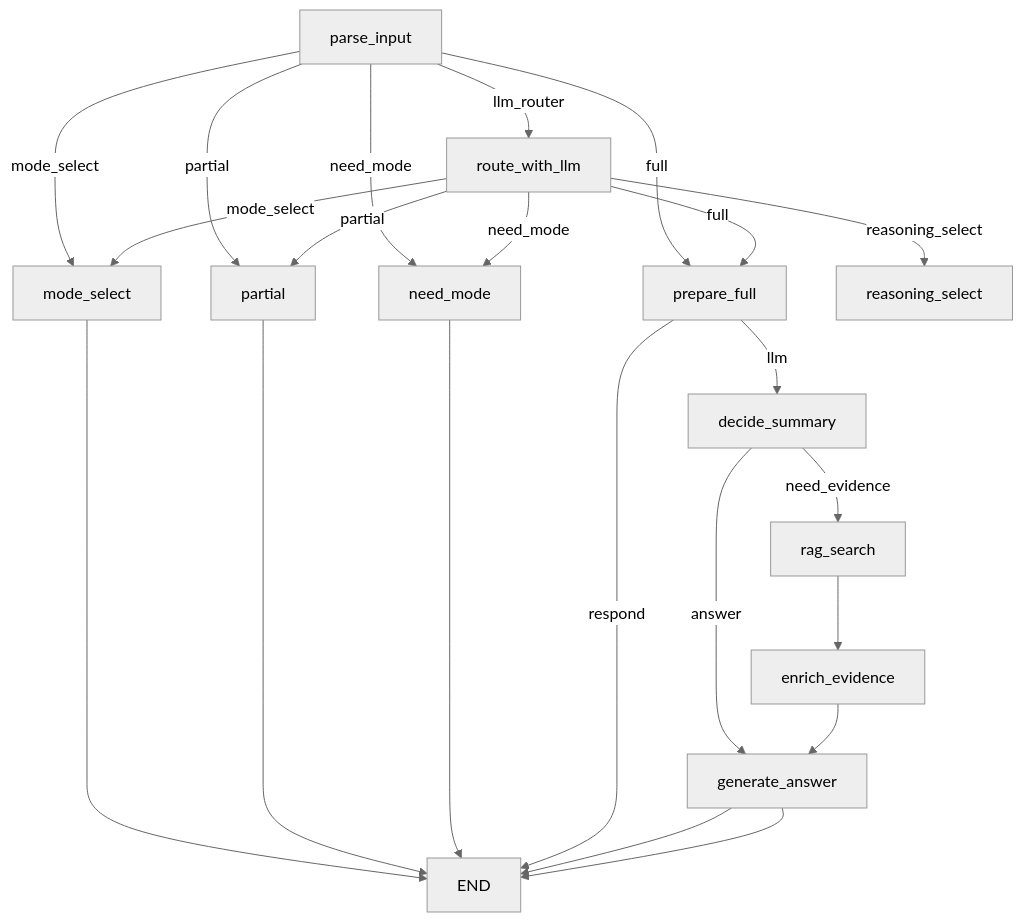
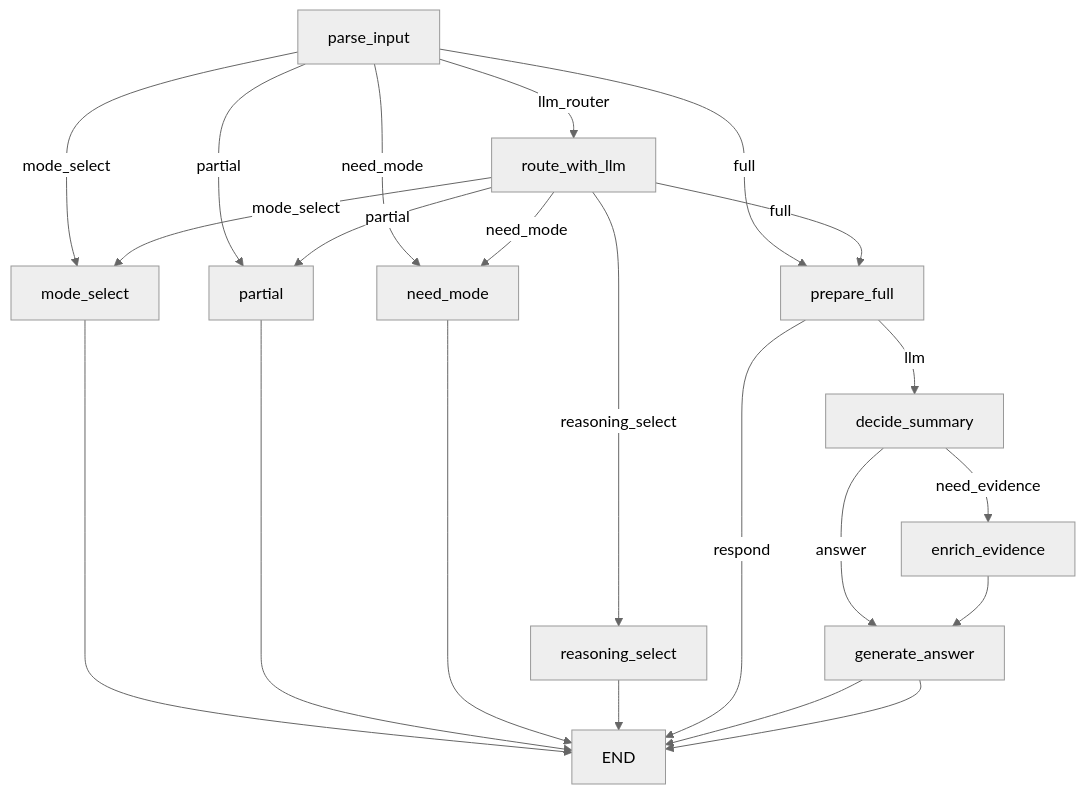
Before and after one commit to seolbbb/Re-View: the diagram in src/docs/agent.md, drawn with Mermaid (neutral theme). The commit also changed other lines of this file and 2 other files, not shown here.

````diff
--- a/src/docs/agent.md
+++ b/src/docs/agent.md
@@ -68,18 +61,19 @@
 ```mermaid
 flowchart TD
   parse_input -->|mode_select| mode_select --> END
   parse_input -->|partial| partial --> END
   parse_input -->|full| prepare_full
   parse_input -->|need_mode| need_mode --> END
   parse_input -->|llm_router| route_with_llm
   route_with_llm -->|mode_select| mode_select
   route_with_llm -->|reasoning_select| reasoning_select
   route_with_llm -->|partial| partial
   route_with_llm -->|full| prepare_full
   route_with_llm -->|need_mode| need_mode
+  reasoning_select --> END
   prepare_full -->|respond| END
   prepare_full -->|llm| decide_summary
   decide_summary -->|answer| generate_answer --> END
-  decide_summary -->|need_evidence| rag_search --> enrich_evidence --> generate_answer
+  decide_summary -->|need_evidence| enrich_evidence --> generate_answer
   generate_answer --> END
 ```
````
